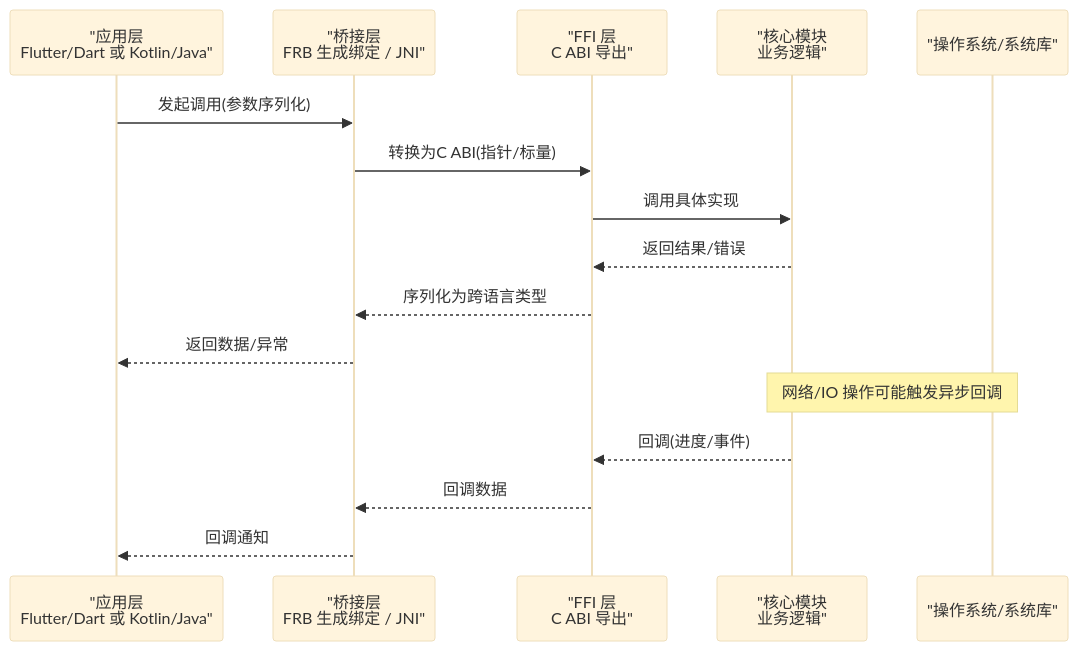
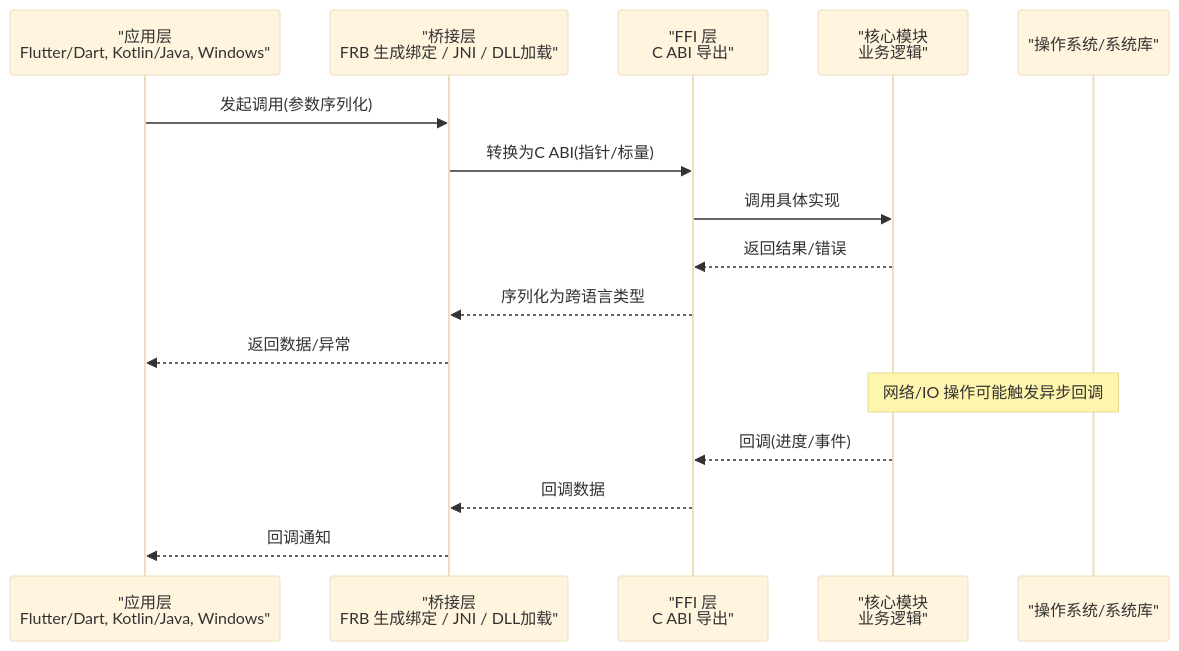
The second of 8 diagrams in .qoder/repowiki/zh/content/架构设计/通信机制/FFI接口通信.md (ZhangGHGitHub/LegadoTeamFlutter), drawn with Mermaid (base theme) before and after one commit. The commit also changed other lines of this file and 66 other files, not shown here.

````diff
--- a/.qoder/repowiki/zh/content/架构设计/通信机制/FFI接口通信.md
+++ b/.qoder/repowiki/zh/content/架构设计/通信机制/FFI接口通信.md
@@ -99,18 +116,18 @@
 ```mermaid
 sequenceDiagram
-participant App as "应用层<br/>Flutter/Dart 或 Kotlin/Java"
-participant Bridge as "桥接层<br/>FRB 生成绑定 / JNI"
+participant App as "应用层<br/>Flutter/Dart, Kotlin/Java, Windows"
+participant Bridge as "桥接层<br/>FRB 生成绑定 / JNI / DLL加载"
 participant FFI as "FFI 层<br/>C ABI 导出"
 participant Core as "核心模块<br/>业务逻辑"
 participant OS as "操作系统/系统库"
 App->>Bridge : 发起调用(参数序列化)
 Bridge->>FFI : 转换为C ABI(指针/标量)
 FFI->>Core : 调用具体实现
 Core-->>FFI : 返回结果/错误
 FFI-->>Bridge : 序列化为跨语言类型
 Bridge-->>App : 返回数据/异常
 Note over Core,OS : 网络/IO 操作可能触发异步回调
 Core-->>FFI : 回调(进度/事件)
 FFI-->>Bridge : 回调数据
 Bridge-->>App : 回调通知
 ```
````
